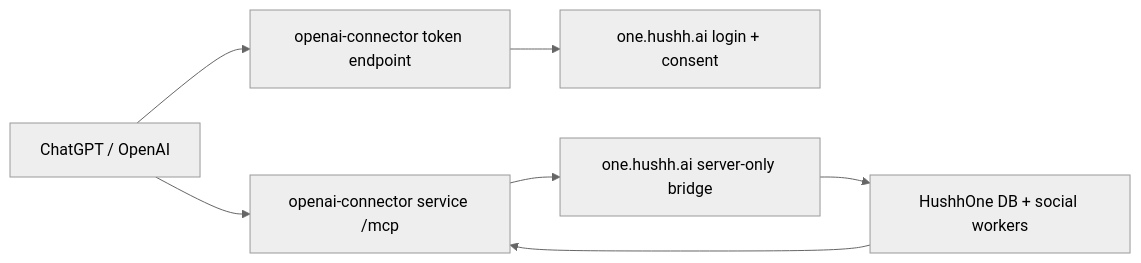
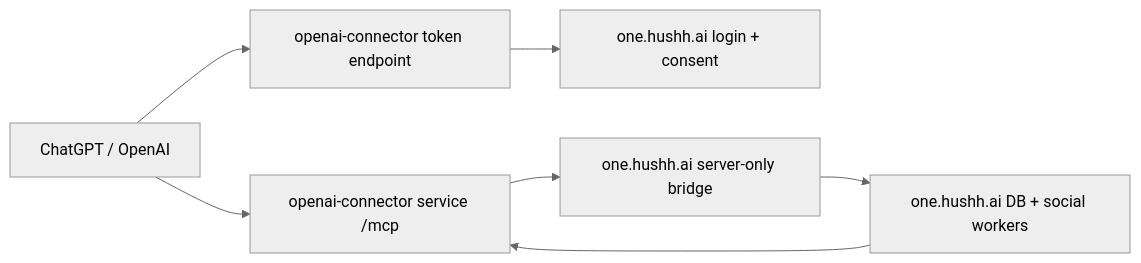
The diagram in services/openai-connector/README.md (hushh-labs/HusshOne), drawn with Mermaid (neutral theme) before and after one commit. The commit also changed other lines of this file and 14 other files, not shown here.

````diff
--- a/services/openai-connector/README.md
+++ b/services/openai-connector/README.md
@@ -46,9 +47,9 @@
 ```mermaid
 flowchart LR
   ChatGPT["ChatGPT / OpenAI"] --> MCP["openai-connector service /mcp"]
   ChatGPT --> OAuth["openai-connector token endpoint"]
   OAuth --> OneAuth["one.hushh.ai login + consent"]
   MCP --> Bridge["one.hushh.ai server-only bridge"]
-  Bridge --> DB["HushhOne DB + social workers"]
+  Bridge --> DB["one.hushh.ai DB + social workers"]
   DB --> MCP
 ```
````
